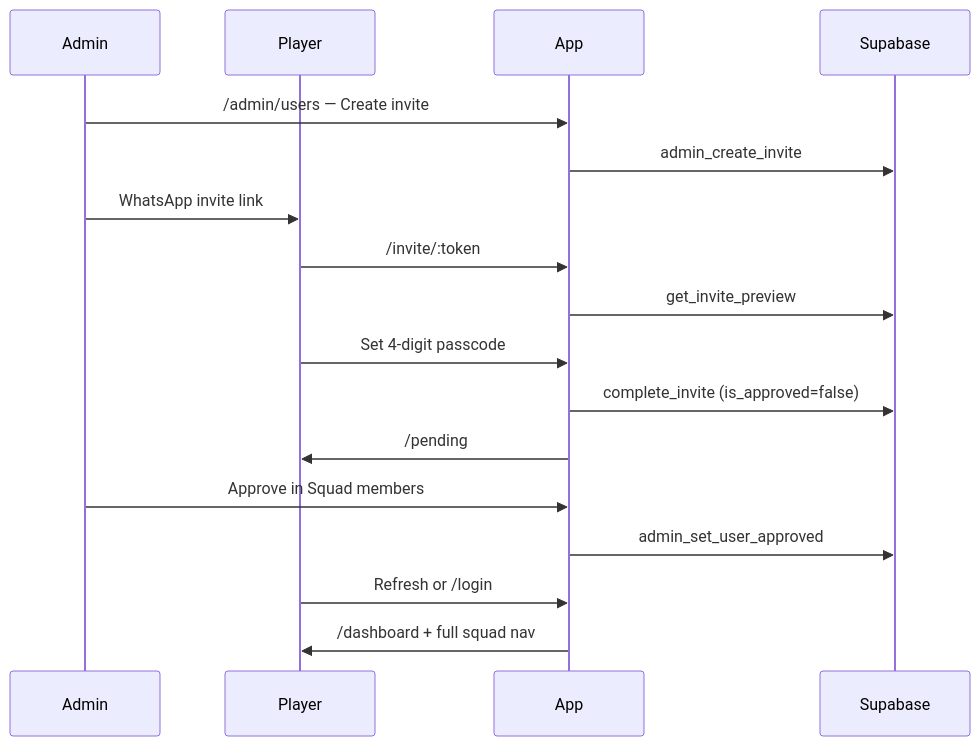
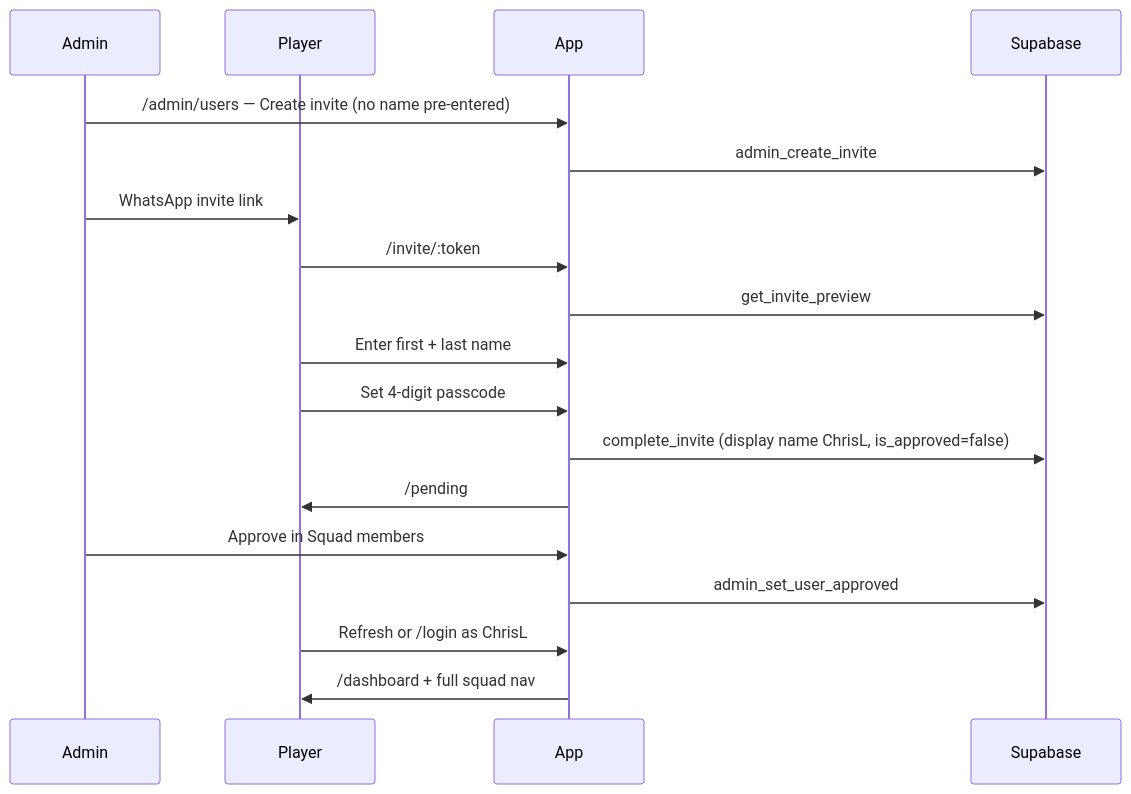
The second of 3 diagrams in docs/PAGES.md (lewisjakewhite26/bmfcapp), drawn with Mermaid before and after one commit. The commit also changed other lines of this file and 32 other files, not shown here.

````diff
--- a/docs/PAGES.md
+++ b/docs/PAGES.md
@@ -149,20 +156,21 @@
 ```mermaid
 sequenceDiagram
   participant Admin
   participant Player
   participant App
   participant Supabase
 
-  Admin->>App: /admin/users — Create invite
+  Admin->>App: /admin/users — Create invite (no name pre-entered)
   App->>Supabase: admin_create_invite
   Admin->>Player: WhatsApp invite link
   Player->>App: /invite/:token
   App->>Supabase: get_invite_preview
+  Player->>App: Enter first + last name
   Player->>App: Set 4-digit passcode
-  App->>Supabase: complete_invite (is_approved=false)
+  App->>Supabase: complete_invite (display name ChrisL, is_approved=false)
   App->>Player: /pending
   Admin->>App: Approve in Squad members
   App->>Supabase: admin_set_user_approved
-  Player->>App: Refresh or /login
+  Player->>App: Refresh or /login as ChrisL
   App->>Player: /dashboard + full squad nav
 ```
````
